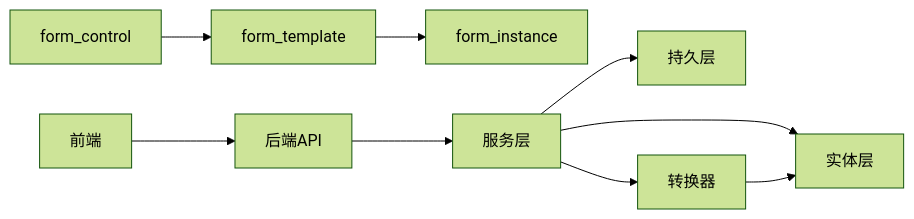
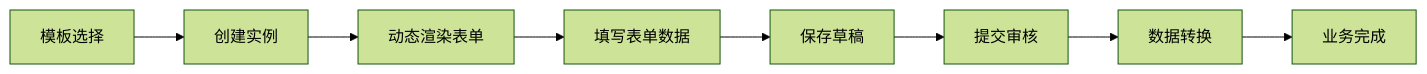
The third of 3 diagrams in .qoder/repowiki/zh/content/项目概述.md (NJMrLi/genetics), drawn with Mermaid (forest theme) before and after one commit. The commit also changed other lines of this file and 152 other files, not shown here.

````diff
--- a/.qoder/repowiki/zh/content/项目概述.md
+++ b/.qoder/repowiki/zh/content/项目概述.md
@@ -351,11 +329,10 @@
 ```mermaid
-graph LR
-FC["form_control"] --> FT["form_template"]
-FT --> FI["form_instance"]
-FE["前端"] --> API["后端API"]
-API --> SVC["服务层"]
-SVC --> MAP["持久层"]
-SVC --> ENT["实体层"]
-SVC --> CONV["转换器"]
-CONV --> ENT
+flowchart LR
+Template["模板选择"] --> Create["创建实例"]
+Create --> Render["动态渲染表单"]
+Render --> Fill["填写表单数据"]
+Fill --> Draft["保存草稿"]
+Draft --> Submit["提交审核"]
+Submit --> Convert["数据转换"]
+Convert --> Complete["业务完成"]
 ```
````
